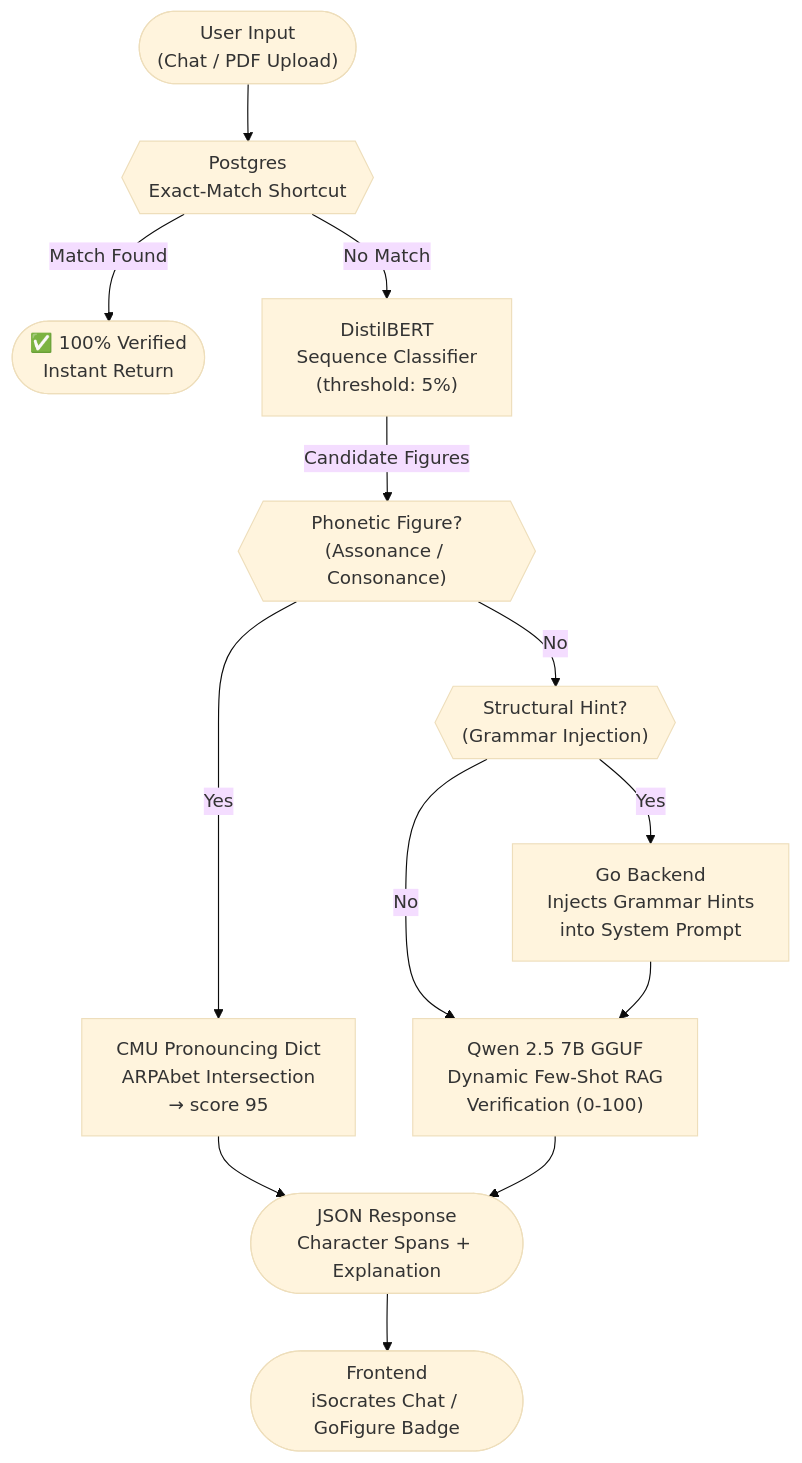
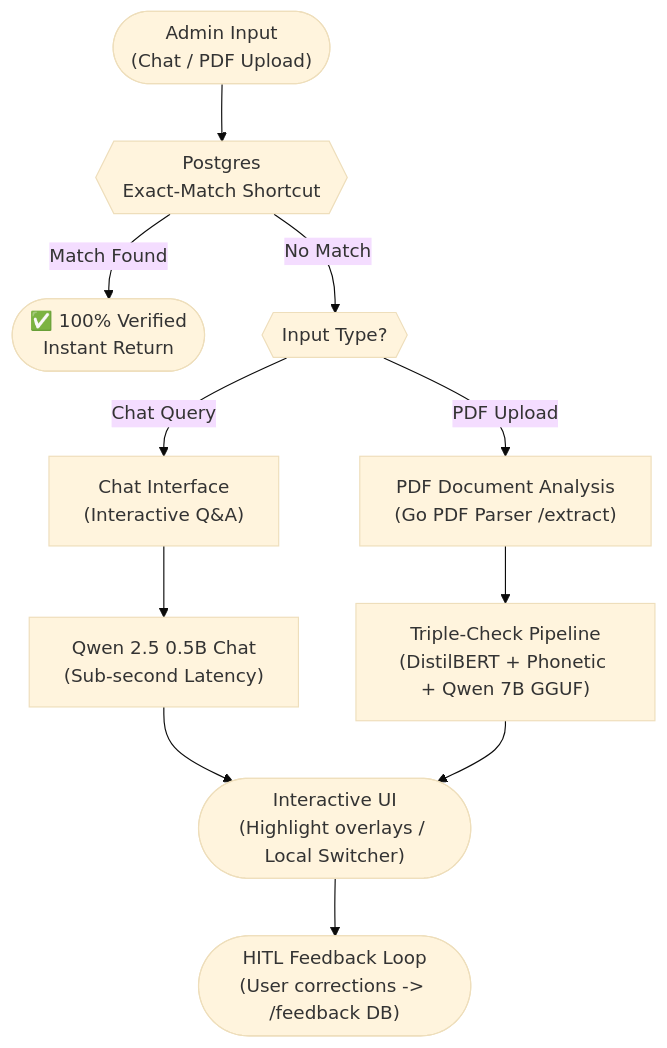
The first of 2 diagrams in README.md (prabhsharan1/Research_iSocrates), drawn with Mermaid (base theme) before and after one commit. The commit also changed other lines of this file, not shown here.

````diff
--- a/README.md
+++ b/README.md
@@ -10,27 +15,24 @@
 ```mermaid
 flowchart TD
-    A(["User Input\n(Chat / PDF Upload)"])
-    B{{"Postgres\nExact-Match Shortcut"}}
-    C(["✅ 100% Verified\nInstant Return"])
-    D["DistilBERT\nSequence Classifier\n(threshold: 5%)"]
-    E{{"Phonetic Figure?\n(Assonance / Consonance)"}}
-    F["CMU Pronouncing Dict\nARPAbet Intersection\n→ score 95"]
-    G{{"Structural Hint?\n(Grammar Injection)"}}
-    H["Go Backend\nInjects Grammar Hints\ninto System Prompt"]
-    I["Qwen 2.5 7B GGUF\nDynamic Few-Shot RAG\nVerification (0-100)"]
-    J(["JSON Response\nCharacter Spans + Explanation"])
-    K(["Frontend\niSocrates Chat / GoFigure Badge"])
+    A1(["Admin Input\n(Chat / PDF Upload)"])
+    B1{{"Postgres\nExact-Match Shortcut"}}
+    C1(["✅ 100% Verified\nInstant Return"])
+    D1{{"Input Type?"}}
+    E1["Chat Interface\n(Interactive Q&A)"]
+    F1["Qwen 2.5 0.5B Chat\n(Sub-second Latency)"]
+    G1["PDF Document Analysis\n(Go PDF Parser /extract)"]
+    H1["Triple-Check Pipeline\n(DistilBERT + Phonetic + Qwen 7B GGUF)"]
+    I1(["Interactive UI\n(Highlight overlays / Local Switcher)"])
+    J1(["HITL Feedback Loop\n(User corrections -> /feedback DB)"])
 
-    A --> B
-    B -- "Match Found" --> C
-    B -- "No Match" --> D
-    D -- "Candidate Figures" --> E
-    E -- "Yes" --> F
-    E -- "No" --> G
-    F --> J
-    G -- "Yes" --> H
-    G -- "No" --> I
-    H --> I
-    I --> J
-    J --> K
+    A1 --> B1
+    B1 -- "Match Found" --> C1
+    B1 -- "No Match" --> D1
+    D1 -- "Chat Query" --> E1
+    E1 --> F1
+    F1 --> I1
+    D1 -- "PDF Upload" --> G1
+    G1 --> H1
+    H1 --> I1
+    I1 --> J1
 ```
````
